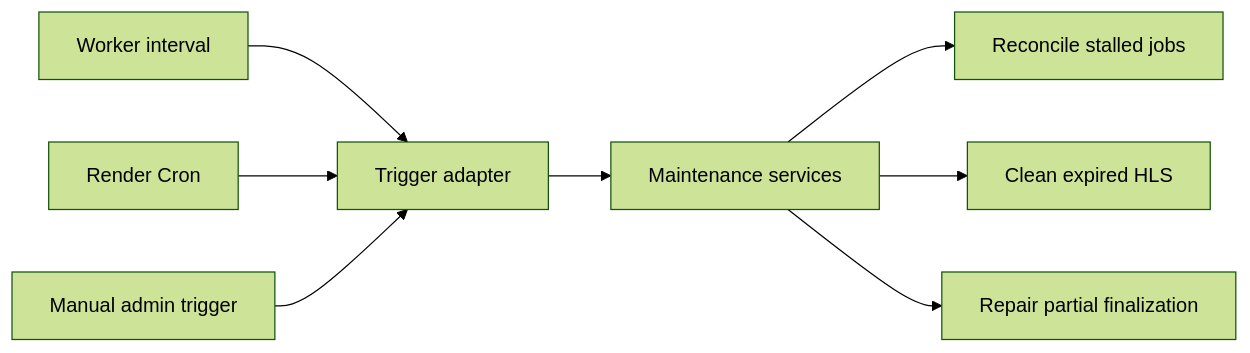
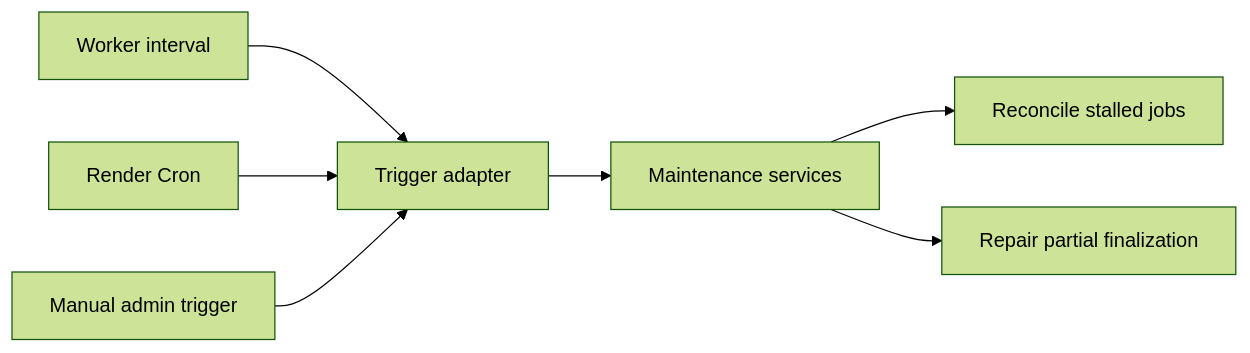
One commit to tomenden/hear-it changed the third of 3 diagrams in docs/audio-pipeline-architecture.md. Above: the diagram before and after it, drawn with Mermaid (forest theme). The commit also changed other lines of this file, not shown here.

Commit message:
docs: rewrite audio pipeline architecture for batch-only design

````diff
--- a/docs/audio-pipeline-architecture.md
+++ b/docs/audio-pipeline-architecture.md
@@ -276,10 +190,9 @@
 ```mermaid
 flowchart LR
     A["Maintenance services"] --> B["Reconcile stalled jobs"]
-    A --> C["Clean expired HLS"]
-    A --> D["Repair partial finalization"]
-    E["Trigger adapter"] --> A
-    E1["Worker interval"] --> E
-    E2["Render Cron"] --> E
-    E3["Manual admin trigger"] --> E
+    A --> C["Repair partial finalization"]
+    D["Trigger adapter"] --> A
+    D1["Worker interval"] --> D
+    D2["Render Cron"] --> D
+    D3["Manual admin trigger"] --> D
 ```
````
